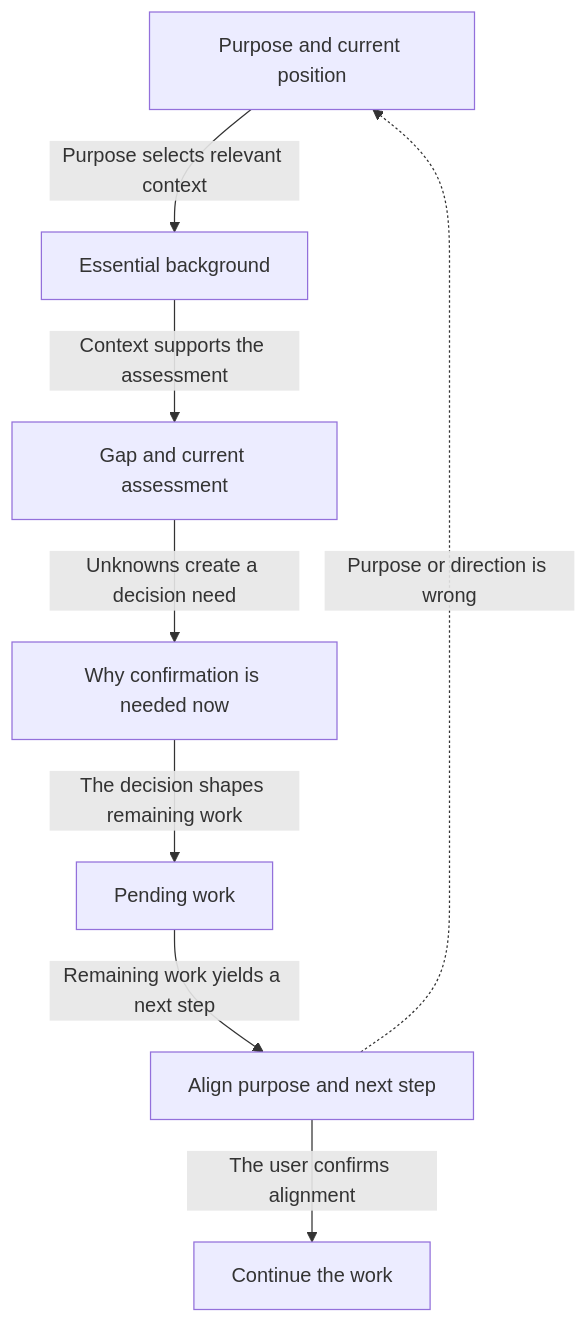
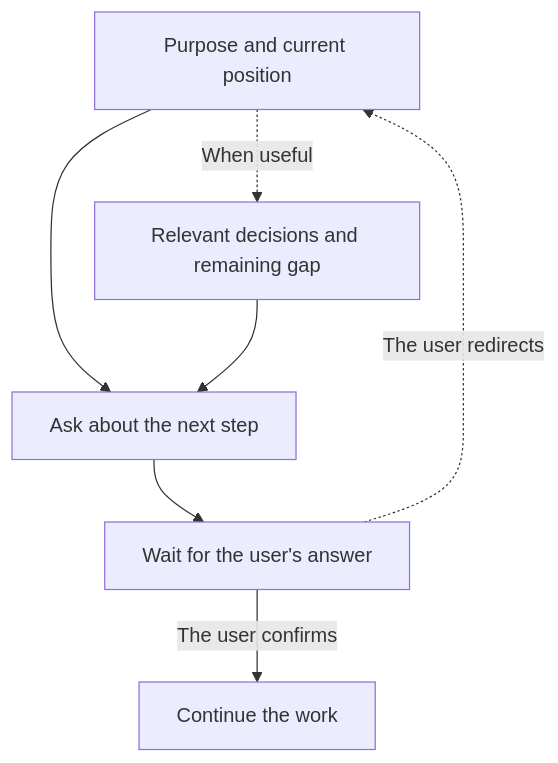
One commit to kouko/loom-plugins changed the diagram in loom-workflow/skills/recap-state/README.md. Above: the diagram before and after it, drawn with Mermaid. The commit also changed other lines of this file and 4 other files, not shown here.

````diff
--- a/loom-workflow/skills/recap-state/README.md
+++ b/loom-workflow/skills/recap-state/README.md
@@ -30,10 +31,9 @@
 ```mermaid
 graph TB
-    Purpose["Purpose and current position"] -->|"Purpose selects relevant context"| Background["Essential background"]
-    Background -->|"Context supports the assessment"| Assessment["Gap and current assessment"]
-    Assessment -->|"Unknowns create a decision need"| Question["Why confirmation is needed now"]
-    Question -->|"The decision shapes remaining work"| Pending["Pending work"]
-    Pending -->|"Remaining work yields a next step"| Alignment["Align purpose and next step"]
-    Alignment -.->|"Purpose or direction is wrong"| Purpose
-    Alignment -->|"The user confirms alignment"| Continue["Continue the work"]
+    Purpose["Purpose and current position"] --> Next["Ask about the next step"]
+    Purpose -.->|"When useful"| History["Relevant decisions and remaining gap"]
+    History --> Next
+    Next --> Wait["Wait for the user's answer"]
+    Wait -.->|"The user redirects"| Purpose
+    Wait -->|"The user confirms"| Continue["Continue the work"]
 ```
````
